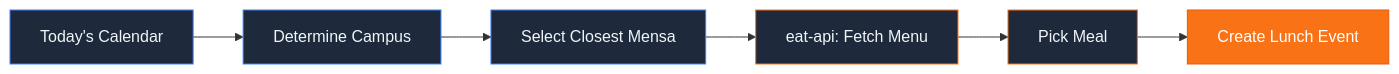
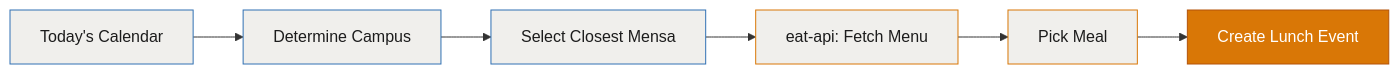
The seventh of 11 diagrams in pitch-deck/slides.md (neuromaxer/AssisTUM), drawn with Mermaid before and after one commit. The commit also changed other lines of this file and 2 other files, not shown here.

Commit message:
fix: switch to light theme, fix diagram overflow, add screenshot placeholders

````diff
--- a/pitch-deck/slides.md
+++ b/pitch-deck/slides.md
@@ -394,14 +406,14 @@
 ```mermaid {scale: 0.6}
 graph LR
     CAL["Today's Calendar"] --> CAMPUS["Determine Campus"]
     CAMPUS --> SEL["Select Closest Mensa"]
     SEL --> API["eat-api: Fetch Menu"]
     API --> MEAL["Pick Meal"]
     MEAL --> EVENT["Create Lunch Event"]
-    style CAL fill:#1e293b,stroke:#3b82f6,color:#f1f5f9
-    style CAMPUS fill:#1e293b,stroke:#3b82f6,color:#f1f5f9
-    style SEL fill:#1e293b,stroke:#3b82f6,color:#f1f5f9
-    style API fill:#1e293b,stroke:#f97316,color:#f1f5f9
-    style MEAL fill:#1e293b,stroke:#f97316,color:#f1f5f9
-    style EVENT fill:#f97316,stroke:#ea580c,color:#fff
+    style CAL fill:#f0efec,stroke:#3070b3,color:#1c1c1c
+    style CAMPUS fill:#f0efec,stroke:#3070b3,color:#1c1c1c
+    style SEL fill:#f0efec,stroke:#3070b3,color:#1c1c1c
+    style API fill:#f0efec,stroke:#d97706,color:#1c1c1c
+    style MEAL fill:#f0efec,stroke:#d97706,color:#1c1c1c
+    style EVENT fill:#d97706,stroke:#b45309,color:#ffffff
 ```
````
